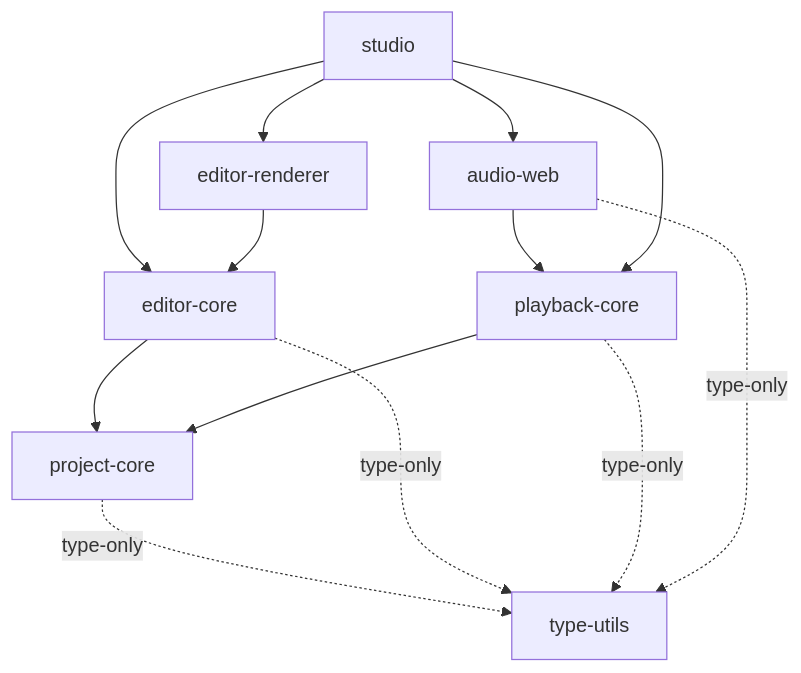
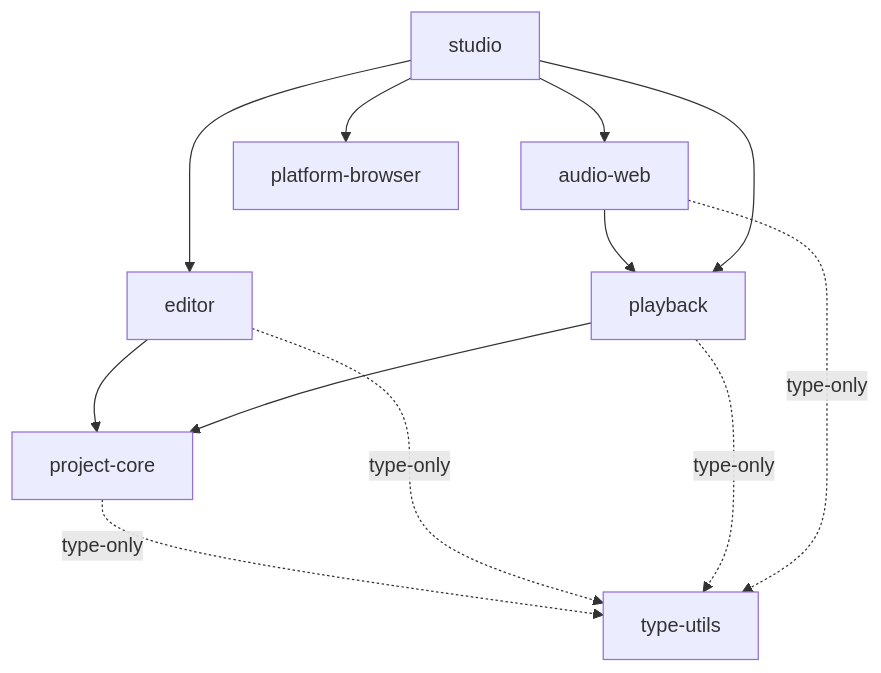
One commit to Dyolem/seele-daw changed the third of 4 diagrams in docs/architecture/web-daw-long-term-architecture-v3.md. Above: the diagram before and after it, drawn with Mermaid. The commit also changed other lines of this file and 7 other files, not shown here.

````diff
--- a/docs/architecture/web-daw-long-term-architecture-v3.md
+++ b/docs/architecture/web-daw-long-term-architecture-v3.md
@@ -256,16 +275,15 @@
 ```mermaid
 flowchart TD
   TU["type-utils"]
-  APP["studio"] --> ED["editor-core"]
-  APP --> REN["editor-renderer"]
+  APP["studio"] --> ED["editor"]
   APP --> AW["audio-web"]
+  APP --> BR["platform-browser"]
   ED --> PC["project-core"]
-  REN --> ED
-  PB["playback-core"] --> PC
+  PB["playback"] --> PC
   AW --> PB
   APP --> PB
   PC -. "type-only" .-> TU
   ED -. "type-only" .-> TU
   PB -. "type-only" .-> TU
   AW -. "type-only" .-> TU
 ```
````
